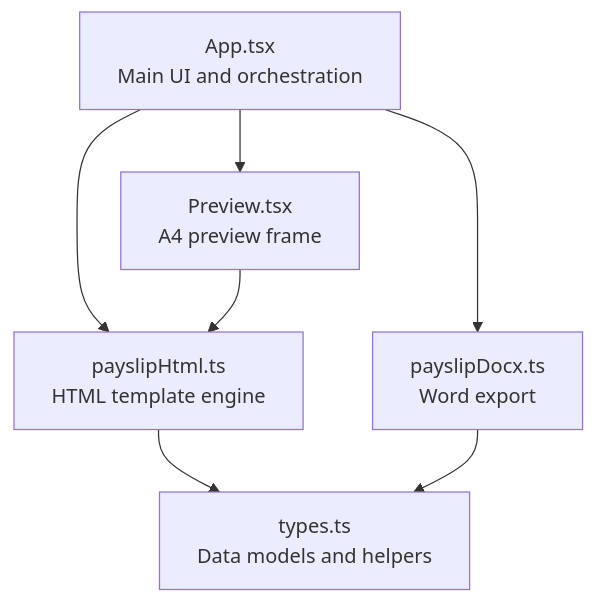
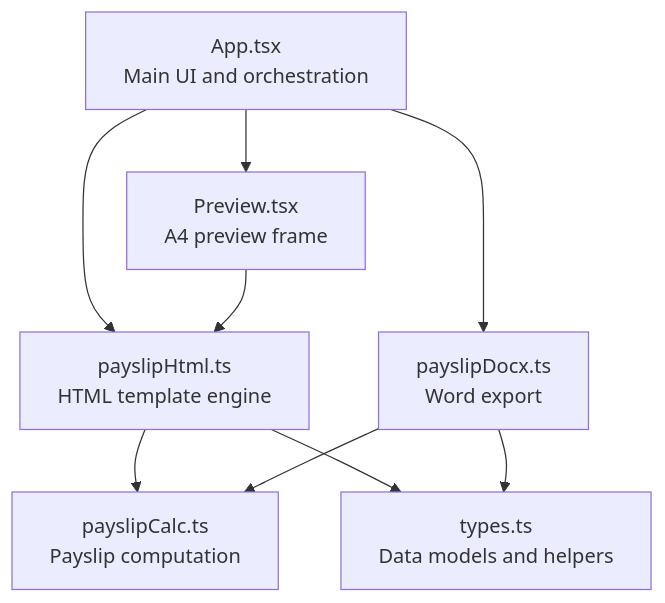
The first of 8 diagrams in .qoder/repowiki/en/content/Core Modules/Payslip Template Engine.md (MdodoIng/salery-slip-generater), drawn with Mermaid before and after one commit. The commit also changed other lines of this file and 22 other files, not shown here.

First line of the commit message:
feat(payslip): centralize computation and add dated advance breakdowns

````diff
--- a/.qoder/repowiki/en/content/Core Modules/Payslip Template Engine.md
+++ b/.qoder/repowiki/en/content/Core Modules/Payslip Template Engine.md
@@ -35,9 +36,11 @@
 ```mermaid
 graph TB
 App["App.tsx<br/>Main UI and orchestration"] --> Preview["Preview.tsx<br/>A4 preview frame"]
 App --> HtmlLib["payslipHtml.ts<br/>HTML template engine"]
 App --> DocxLib["payslipDocx.ts<br/>Word export"]
+HtmlLib --> Calc["payslipCalc.ts<br/>Payslip computation"]
 HtmlLib --> Types["types.ts<br/>Data models and helpers"]
+DocxLib --> Calc
 DocxLib --> Types
 Preview --> HtmlLib
 ```
````
